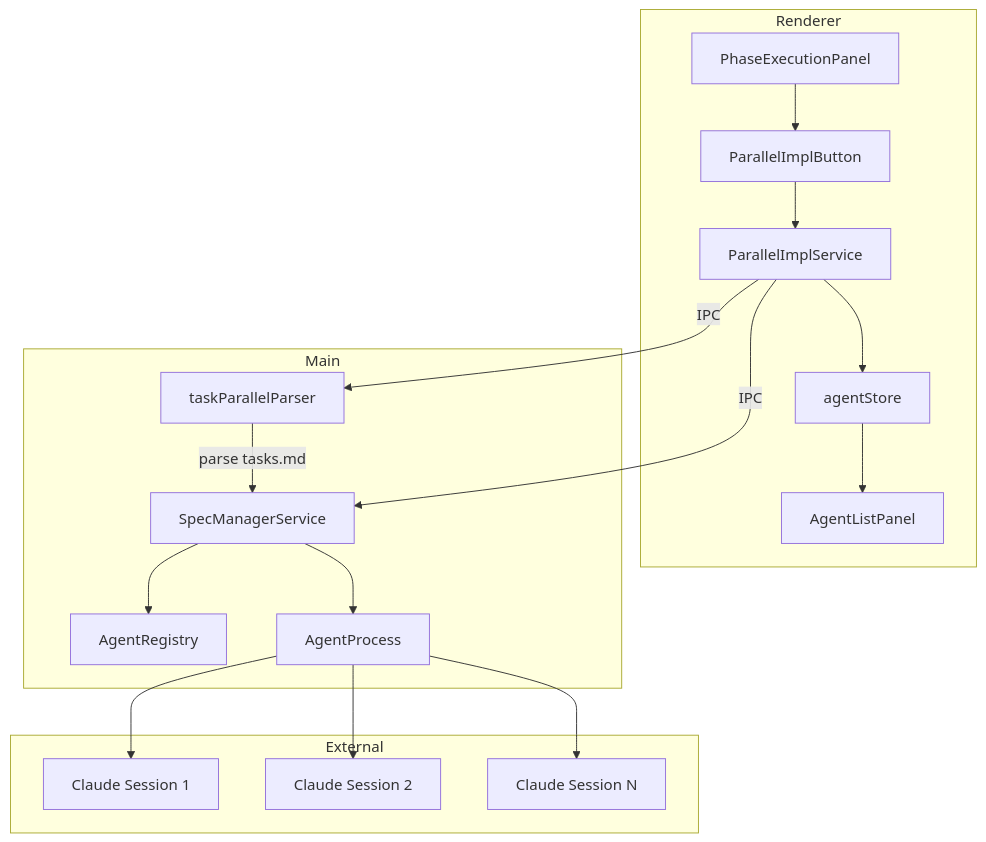
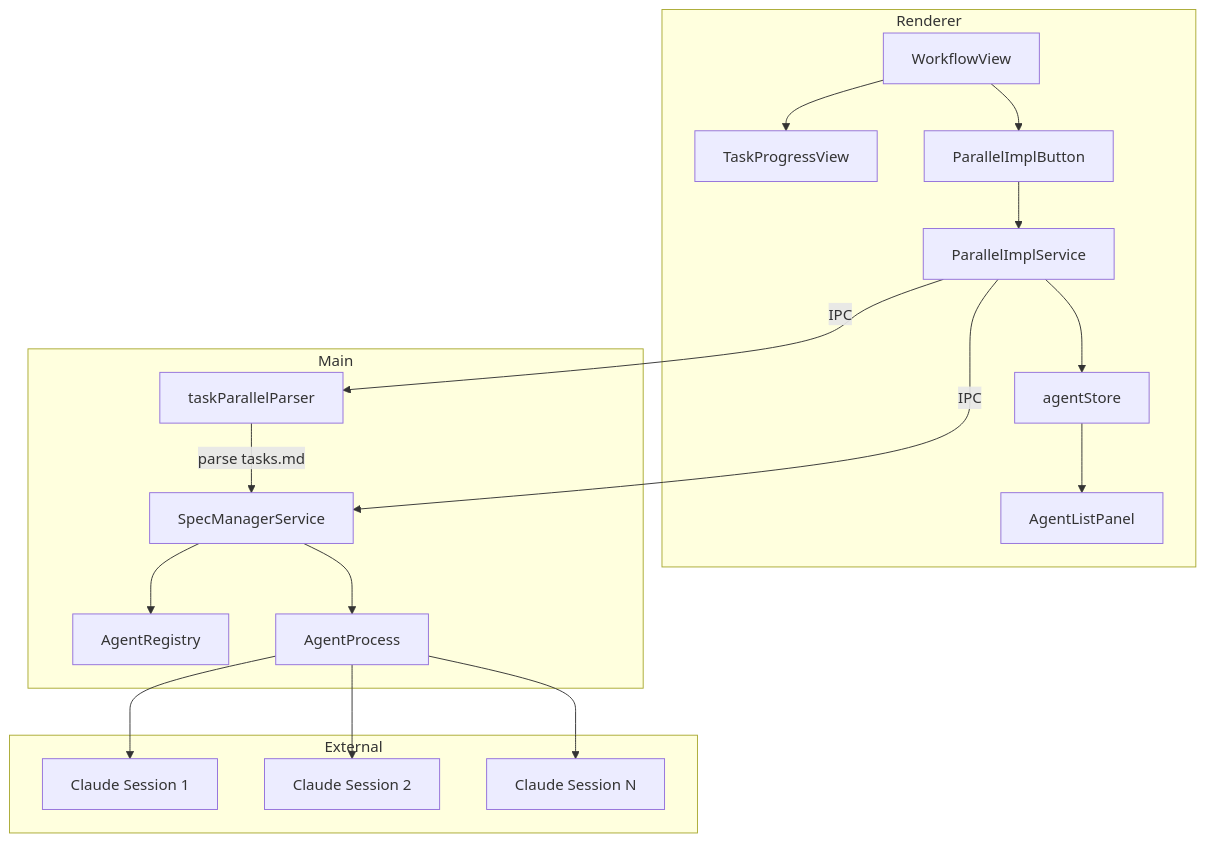
The first of 3 diagrams in .kiro/specs/parallel-task-impl/design.md (hummer98/sdd-orchestrator), drawn with Mermaid before and after one commit. The commit also changed other lines of this file and 4 other files, not shown here.

````diff
--- a/.kiro/specs/parallel-task-impl/design.md
+++ b/.kiro/specs/parallel-task-impl/design.md
@@ -30,37 +30,39 @@
 ```mermaid
 graph TB
     subgraph Renderer
-        PhasePanel[PhaseExecutionPanel]
+        WorkflowView[WorkflowView]
+        TaskProgressView[TaskProgressView]
         ParallelBtn[ParallelImplButton]
         ParallelSvc[ParallelImplService]
         AgentStore[agentStore]
         AgentListPanel[AgentListPanel]
     end
 
     subgraph Main
         TaskParser[taskParallelParser]
         SpecManager[SpecManagerService]
         AgentRegistry[AgentRegistry]
         AgentProcess[AgentProcess]
     end
 
     subgraph External
         Claude1[Claude Session 1]
         Claude2[Claude Session 2]
         ClaudeN[Claude Session N]
     end
 
-    PhasePanel --> ParallelBtn
+    WorkflowView --> TaskProgressView
+    WorkflowView --> ParallelBtn
     ParallelBtn --> ParallelSvc
     ParallelSvc --> AgentStore
     ParallelSvc -->|IPC| TaskParser
     ParallelSvc -->|IPC| SpecManager
     AgentStore --> AgentListPanel
 
     TaskParser -->|parse tasks.md| SpecManager
     SpecManager --> AgentRegistry
     SpecManager --> AgentProcess
     AgentProcess --> Claude1
     AgentProcess --> Claude2
     AgentProcess --> ClaudeN
 ```
````
